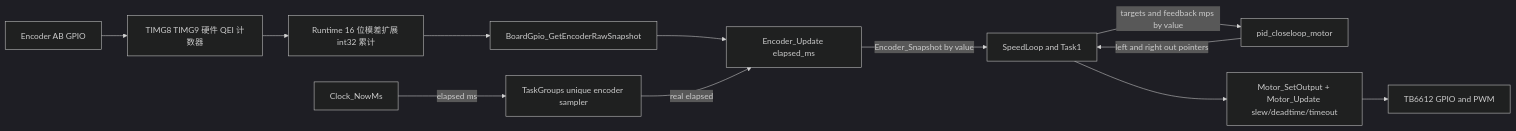
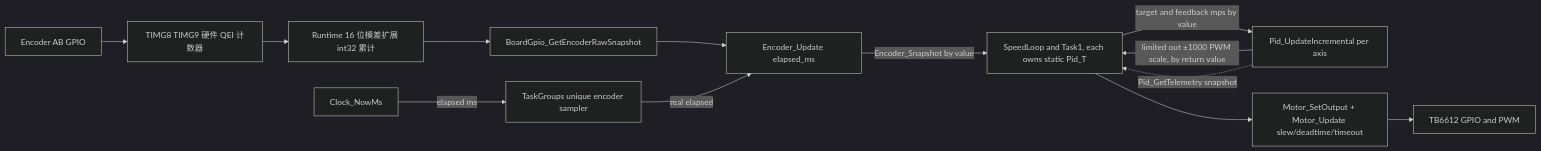
One commit to AigisYangyan/2026_NUEDC changed the first of 3 diagrams in agent/api_architecture_topology.md. Above: the diagram before and after it, drawn with Mermaid (dark theme). The commit also changed other lines of this file and 3 other files, not shown here.

````diff
--- a/agent/api_architecture_topology.md
+++ b/agent/api_architecture_topology.md
@@ -31,14 +31,15 @@
 ```mermaid
 flowchart LR
   EncGPIO[Encoder AB GPIO] --> QEI[TIMG8 TIMG9 硬件 QEI 计数器]
   QEI --> RawCount[Runtime 16 位模差扩展 int32 累计]
   RawCount --> BoardGpio[BoardGpio_GetEncoderRawSnapshot]
   BoardGpio --> Encoder[Encoder_Update elapsed_ms]
   Clock[Clock_NowMs] -->|elapsed ms| SampleOwner[TaskGroups unique encoder sampler]
   SampleOwner -->|real elapsed| Encoder
-  Encoder -->|Encoder_Snapshot by value| Consumers[SpeedLoop and Task1]
-  Consumers -->|targets and feedback mps by value| PID[pid_closeloop_motor]
-  PID -->|left and right out pointers| Consumers
+  Encoder -->|Encoder_Snapshot by value| Consumers[SpeedLoop and Task1, each owns static Pid_T]
+  Consumers -->|target and feedback mps by value| PID[Pid_UpdateIncremental per axis]
+  PID -->|limited out ±1000 PWM scale, by return value| Consumers
+  PID -.->|Pid_GetTelemetry snapshot| Consumers
   Consumers --> MotorSet[Motor_SetOutput + Motor_Update slew/deadtime/timeout]
   MotorSet --> TB6612[TB6612 GPIO and PWM]
 ```
````
